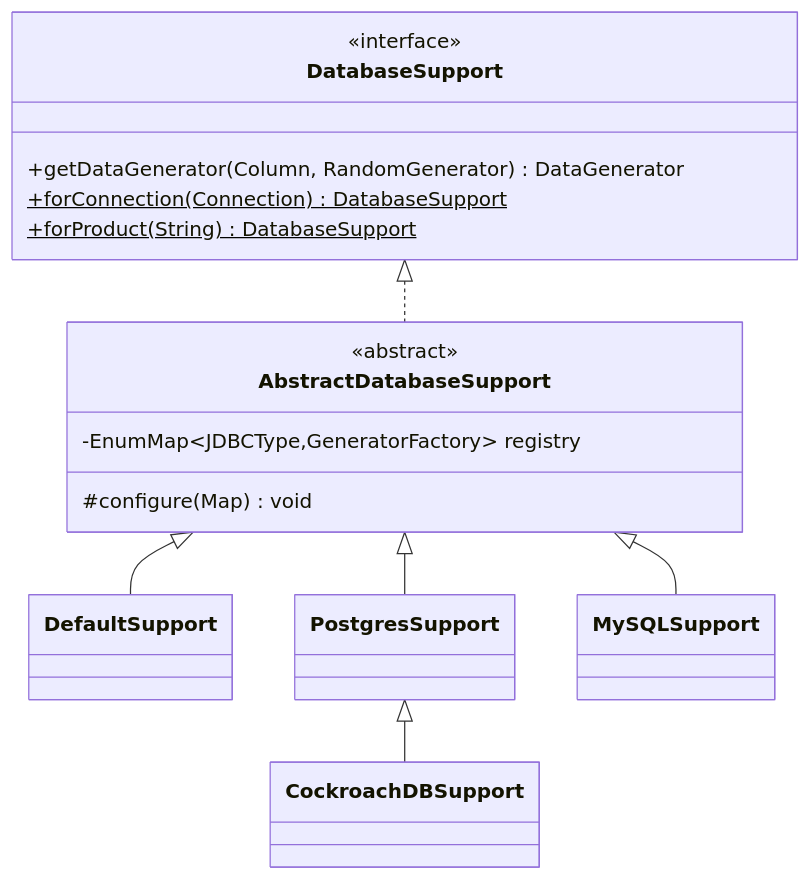
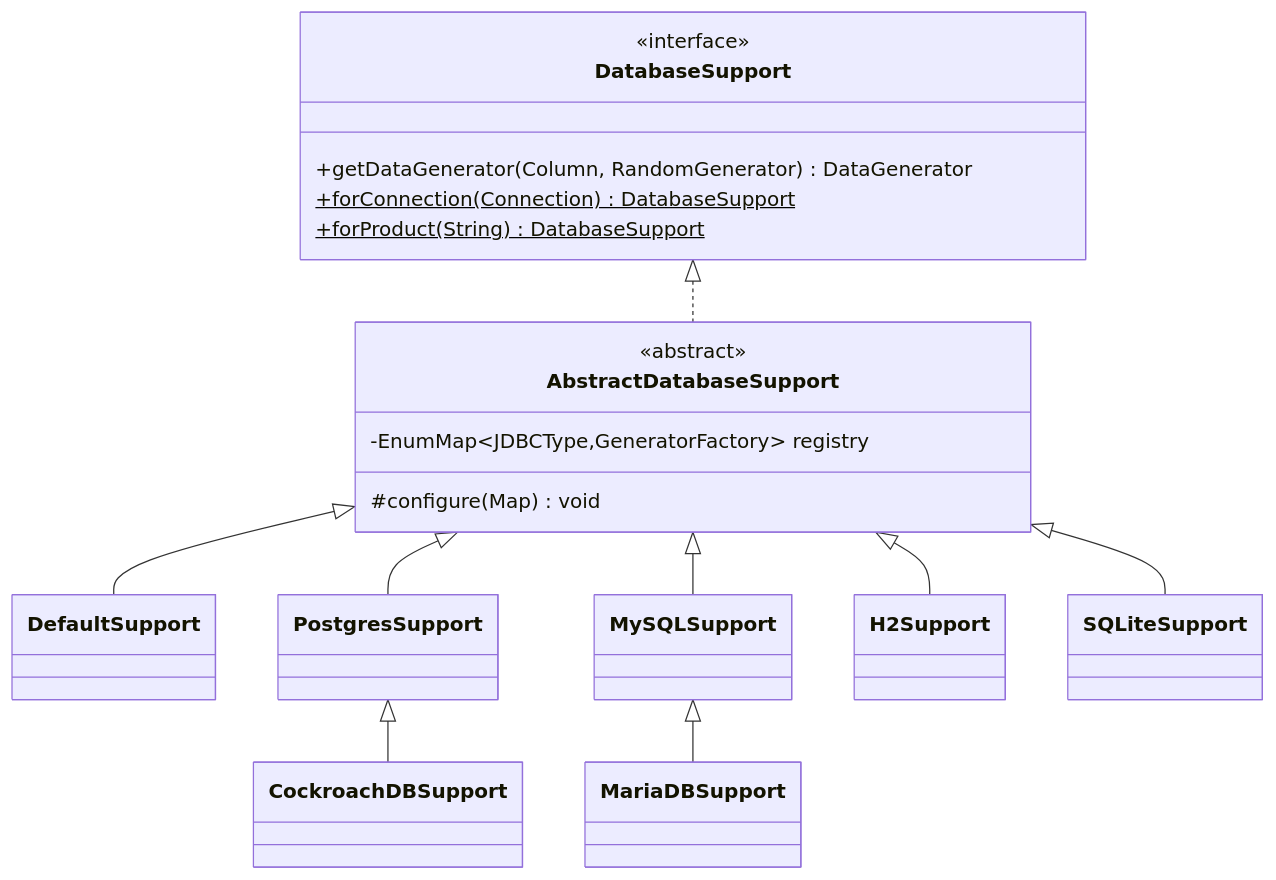
Before and after one commit to timveil/bloviate: the seventh of 9 diagrams in docs/ARCHITECTURE.md, drawn with Mermaid. The commit also changed other lines of this file and 1 other file, not shown here.

First line of the commit message:
docs: list MariaDB, H2, and SQLite in supported-database copy

````diff
--- a/docs/ARCHITECTURE.md
+++ b/docs/ARCHITECTURE.md
@@ -367,19 +367,22 @@
 ```mermaid
 classDiagram
     class DatabaseSupport {
         <<interface>>
         +getDataGenerator(Column, RandomGenerator) DataGenerator
         +forConnection(Connection)$ DatabaseSupport
         +forProduct(String)$ DatabaseSupport
     }
     class AbstractDatabaseSupport {
         <<abstract>>
         -EnumMap~JDBCType,GeneratorFactory~ registry
         #configure(Map) void
     }
     DatabaseSupport <|.. AbstractDatabaseSupport
     AbstractDatabaseSupport <|-- DefaultSupport
     AbstractDatabaseSupport <|-- PostgresSupport
     AbstractDatabaseSupport <|-- MySQLSupport
+    AbstractDatabaseSupport <|-- H2Support
+    AbstractDatabaseSupport <|-- SQLiteSupport
     PostgresSupport <|-- CockroachDBSupport
+    MySQLSupport <|-- MariaDBSupport
 ```
````
